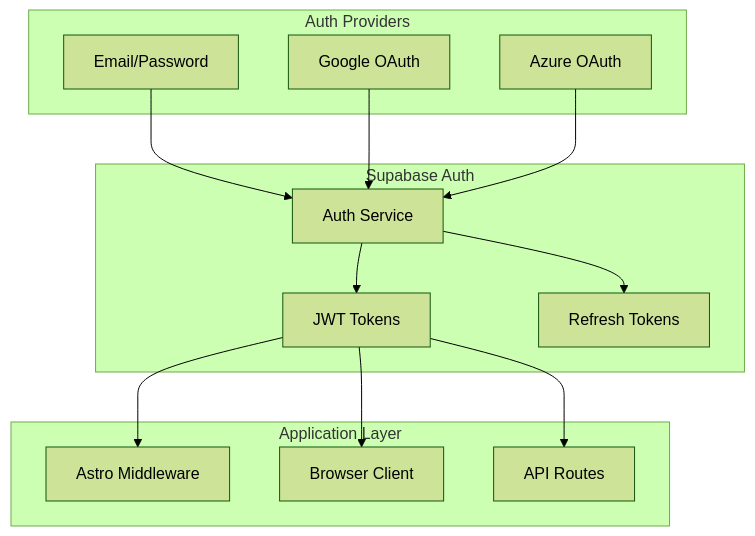
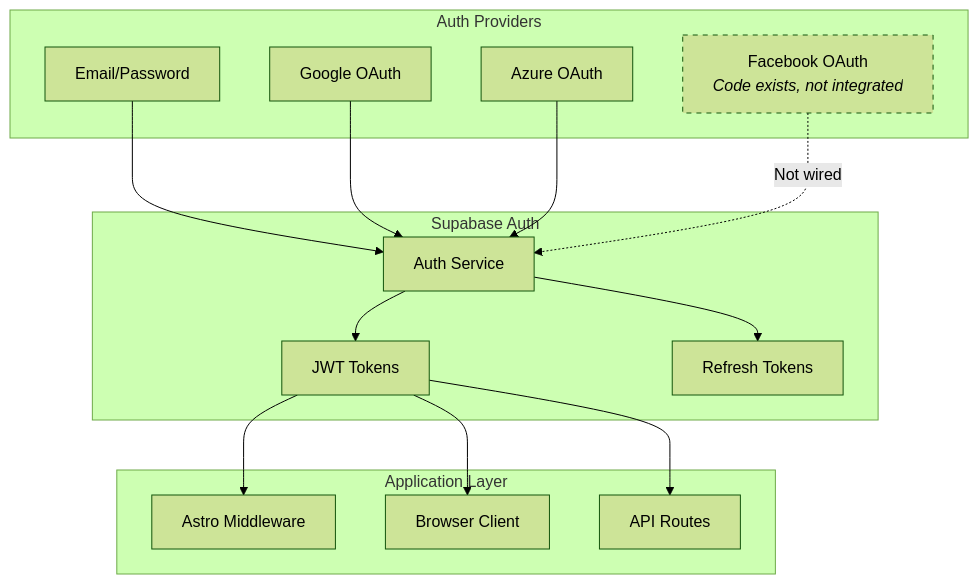
Before and after one commit to ColdstartLabs-ca/astro-saas-boilerplate: the first of 2 diagrams in docs/technical/systems/authentication.md, drawn with Mermaid (forest theme). The commit also changed other lines of this file and 69 other files, not shown here.

````diff
--- a/docs/technical/systems/authentication.md
+++ b/docs/technical/systems/authentication.md
@@ -7,31 +7,35 @@
 ```mermaid
 graph TD
     subgraph "Auth Providers"
         EMAIL[Email/Password]
         GOOGLE[Google OAuth]
         AZURE[Azure OAuth]
+        FACEBOOK[Facebook OAuth<br/><i>Code exists, not integrated</i>]
     end
 
     subgraph "Supabase Auth"
         AUTH_SVC[Auth Service]
         JWT[JWT Tokens]
         REFRESH[Refresh Tokens]
     end
 
     subgraph "Application Layer"
         MW[Astro Middleware]
         CLIENT[Browser Client]
         API[API Routes]
     end
 
     EMAIL --> AUTH_SVC
     GOOGLE --> AUTH_SVC
     AZURE --> AUTH_SVC
+    FACEBOOK -.->|Not wired| AUTH_SVC
 
     AUTH_SVC --> JWT
     AUTH_SVC --> REFRESH
 
     JWT --> MW
     JWT --> CLIENT
     JWT --> API
+
+    style FACEBOOK stroke-dasharray: 5 5
 ```
````
